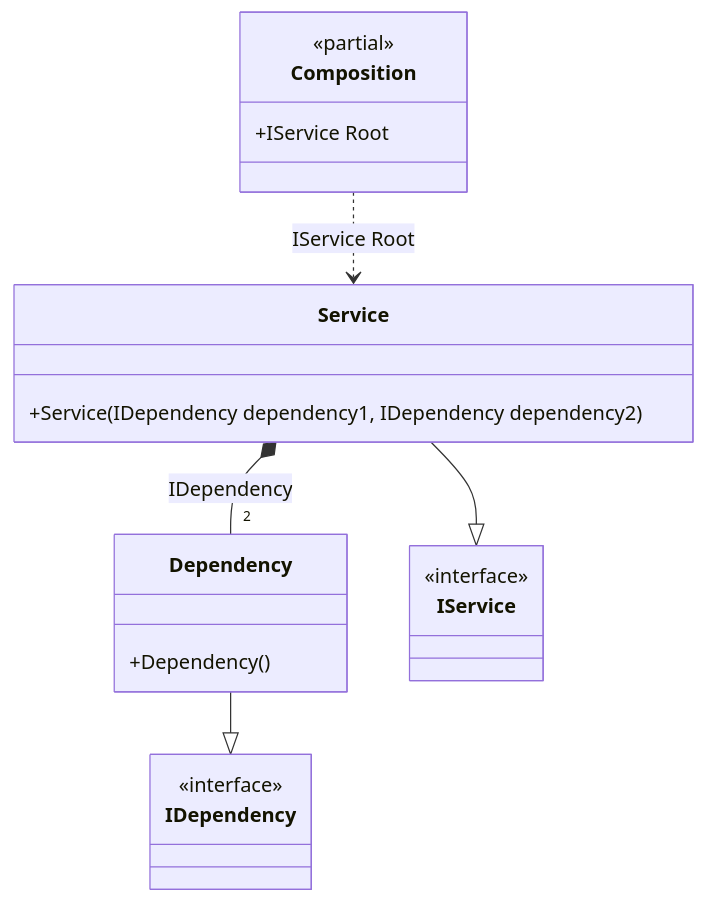
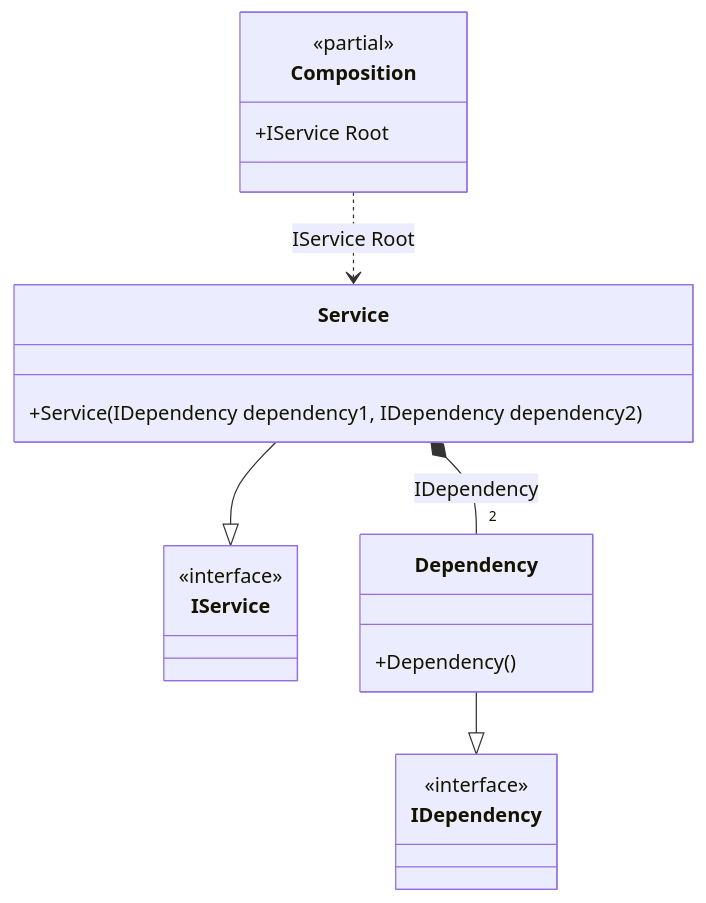
Before and after one commit to DevTeam/Pure.DI: the diagram in readme/transient.md, drawn with Mermaid. The commit also changed other lines of this file and 92 other files, not shown here.

````diff
--- a/readme/transient.md
+++ b/readme/transient.md
@@ -86,23 +86,23 @@
 ```mermaid
 classDiagram
 	class Composition {
 		<<partial>>
 		+IService Root
 	}
+	Service --|> IService
+	class Service {
+		+Service(IDependency dependency1, IDependency dependency2)
+	}
 	Dependency --|> IDependency
 	class Dependency {
 		+Dependency()
 	}
-	Service --|> IService
-	class Service {
-		+Service(IDependency dependency1, IDependency dependency2)
+	class IService {
+		<<interface>>
 	}
 	class IDependency {
-		<<interface>>
-	}
-	class IService {
 		<<interface>>
 	}
 	Composition ..> Service : IService Root
 	Service *-- "2 " Dependency : IDependency
 ```
````
